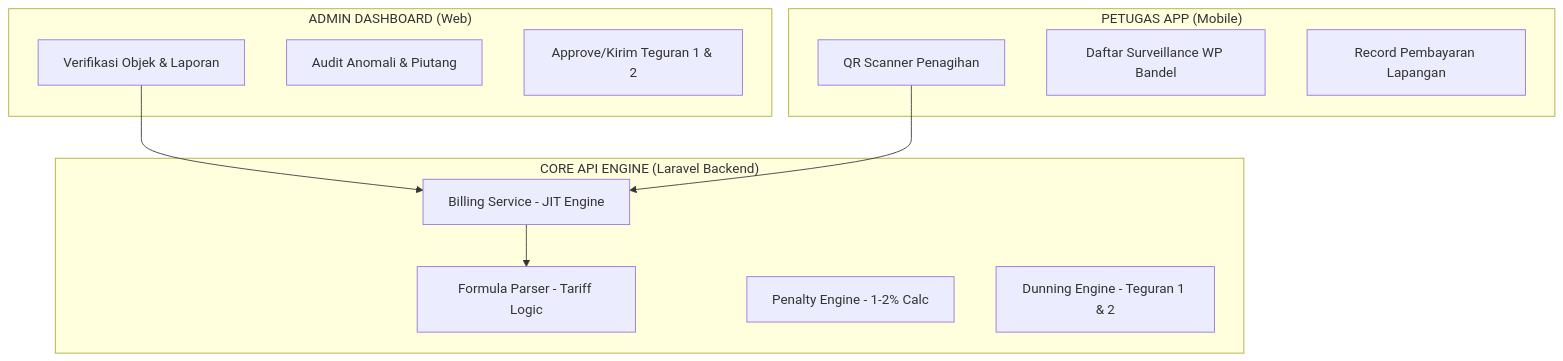
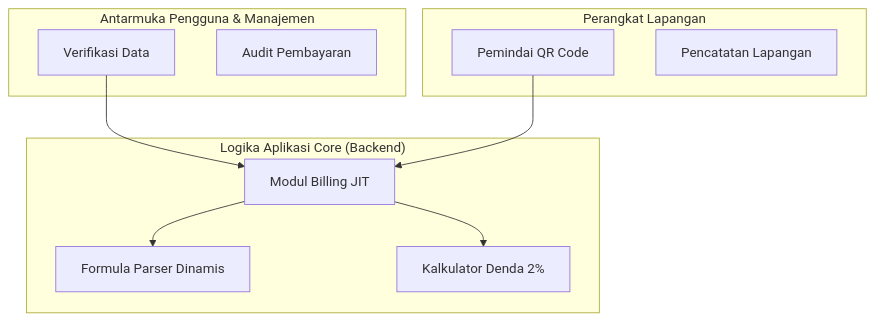
Before and after one commit to arif-rizal1122/retribusi-api: the second of 3 diagrams in docs/Dokumen_Perencanaan_Sistem_Pendapatan_Baubau.md, drawn with Mermaid. The commit also changed other lines of this file, not shown here.

Commit message:
Fix duplicate architecture diagrams and enhance descriptions

```diff
--- a/docs/Dokumen_Perencanaan_Sistem_Pendapatan_Baubau.md
+++ b/docs/Dokumen_Perencanaan_Sistem_Pendapatan_Baubau.md
@@ -96,25 +65,23 @@
 <div class="mermaid">
 graph TD
-    subgraph "CORE API ENGINE (Laravel Backend)"
-        BS[Billing Service - JIT Engine]
-        FPS[Formula Parser - Tariff Logic]
-        PCS[Penalty Engine - 1-2% Calc]
-        DS[Dunning Engine - Teguran 1 & 2]
+    subgraph "Logika Aplikasi Core (Backend)"
+        BS[Modul Billing JIT]
+        FPS[Formula Parser Dinamis]
+        PCS[Kalkulator Denda 2%]
     end
 
-    subgraph "ADMIN DASHBOARD (Web)"
-        A_VER[Verifikasi Objek & Laporan]
-        A_AUDIT[Audit Anomali & Piutang]
-        A_DUN[Approve/Kirim Teguran 1 & 2]
+    subgraph "Antarmuka Pengguna & Manajemen"
+        A_VER[Verifikasi Data]
+        A_AUDIT[Audit Pembayaran]
     end
 
-    subgraph "PETUGAS APP (Mobile)"
-        P_SCAN[QR Scanner Penagihan]
-        P_SURV[Daftar Surveillance WP Bandel]
-        P_PAY[Record Pembayaran Lapangan]
+    subgraph "Perangkat Lapangan"
+        P_SCAN[Pemindai QR Code]
+        P_PAY[Pencatatan Lapangan]
     end
     
     A_VER --> BS
     P_SCAN --> BS
     BS --> FPS
+    BS --> PCS
 </div>
```
